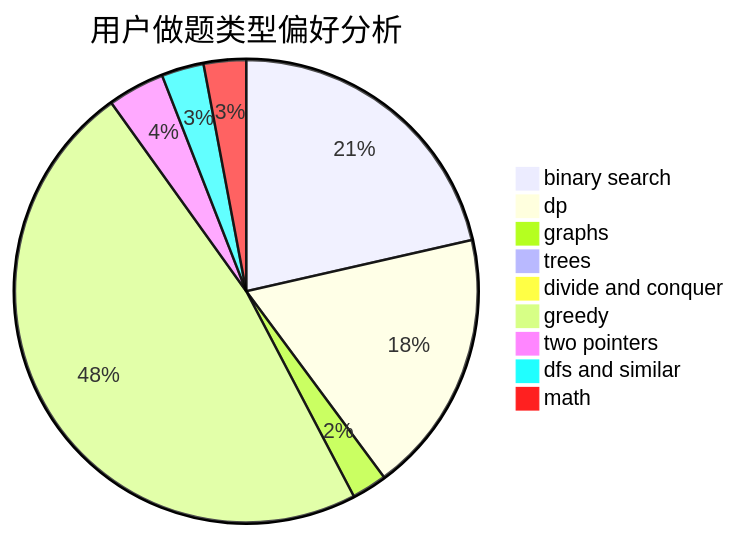
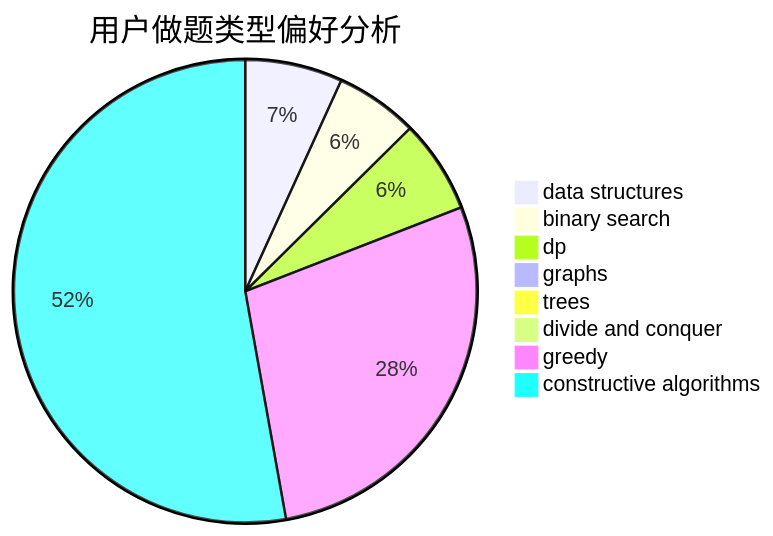
The second of 3 diagrams in docs/user/u931.md (sherpahu/cfrs.github.io), drawn with Mermaid before and after one commit. The commit also changed other lines of this file and 2775 other files, not shown here.

````diff
--- a/docs/user/u931.md
+++ b/docs/user/u931.md
@@ -23,12 +23,11 @@
 ```mermaid
 pie title 用户做题类型偏好分析
-    "binary search" :  297
-    "dp" :  255
-    "graphs" :  34
+    "data structures" :  47
+    "binary search" :  40
+    "dp" :  45
+    "graphs" :  5
     "trees" :  3
     "divide and conquer" :  0
-    "greedy" :  662
-    "two pointers" :  55
-    "dfs and similar" :  41
-    "math" :  41
+    "greedy" :  194
+    "constructive algorithms" :  365
 ```
````
